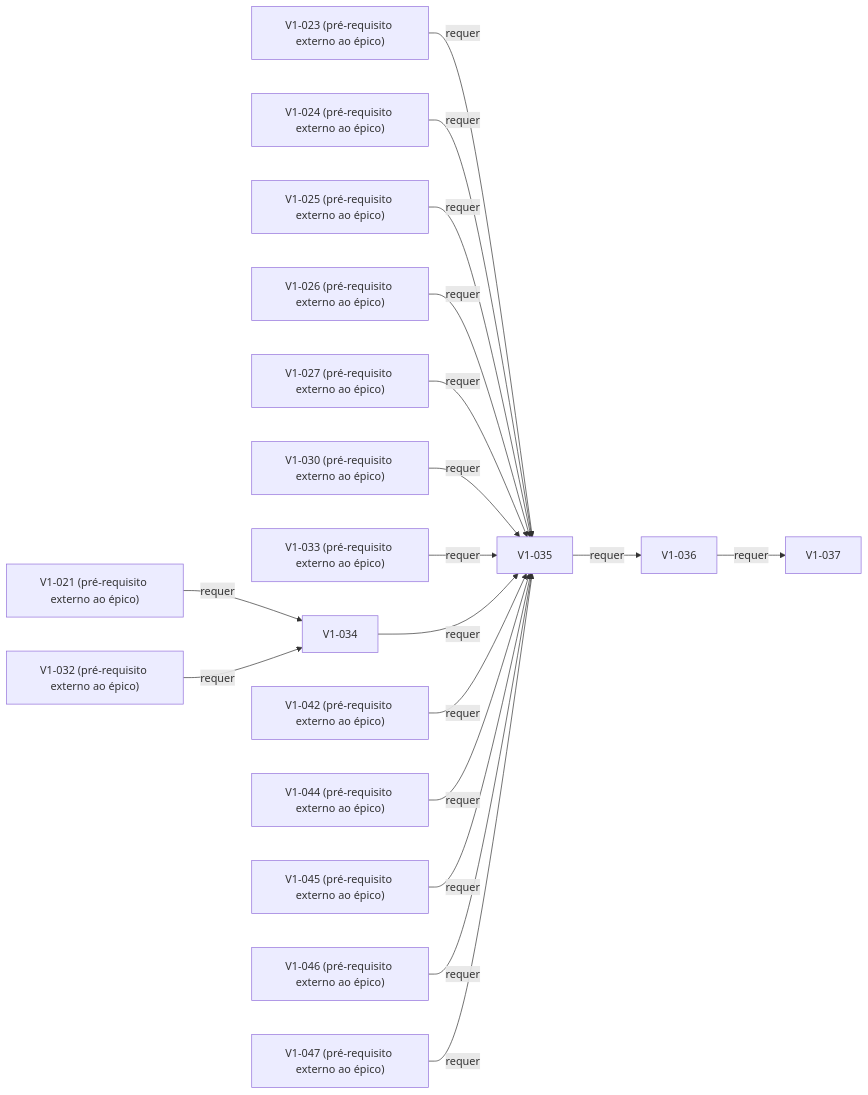
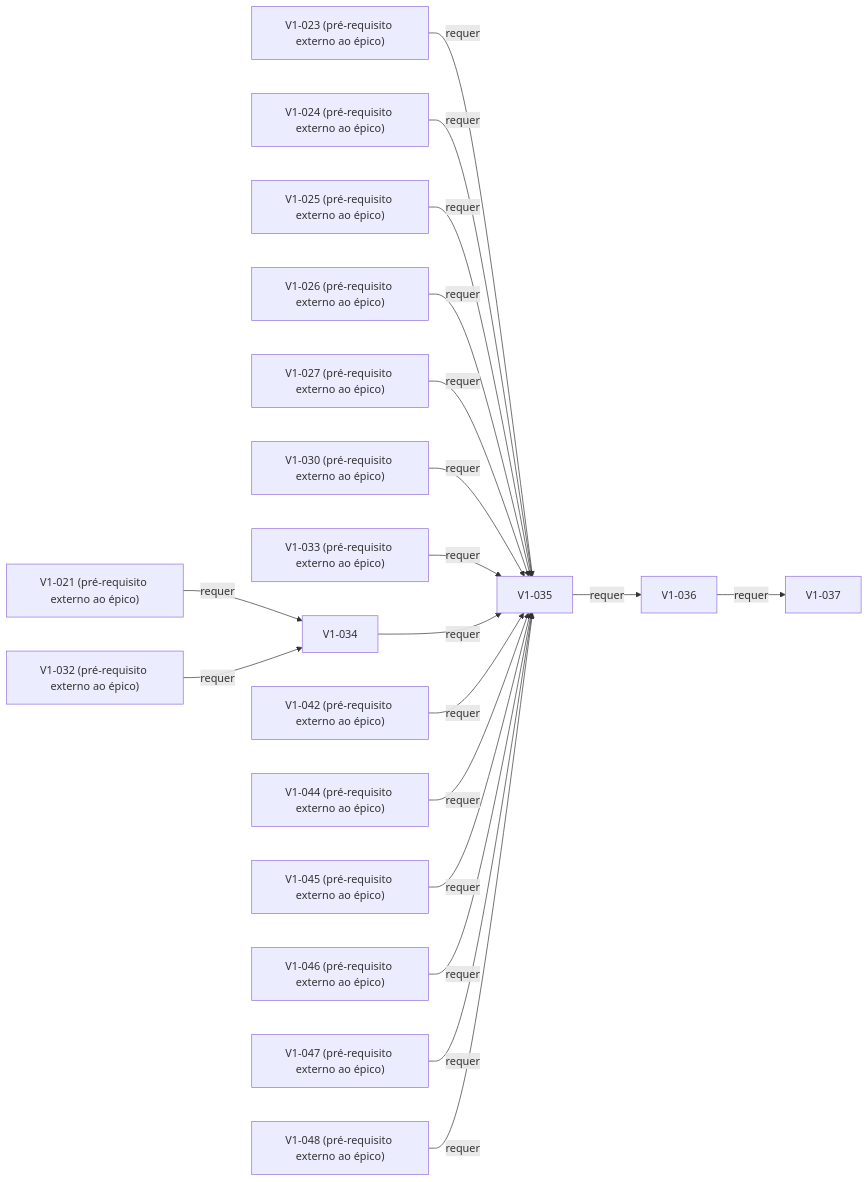
The tenth of 12 diagrams in docs/arquitetura/gerado/progresso.md (richardcastrogois/TrainForge), drawn with Mermaid before and after one commit. The commit also changed other lines of this file and 19 other files, not shown here.

````diff
--- a/docs/arquitetura/gerado/progresso.md
+++ b/docs/arquitetura/gerado/progresso.md
@@ -297,38 +305,40 @@
 ```mermaid
 flowchart LR
     node0["V1-021 (pré-requisito externo ao épico)"]
     node1["V1-023 (pré-requisito externo ao épico)"]
     node2["V1-024 (pré-requisito externo ao épico)"]
     node3["V1-025 (pré-requisito externo ao épico)"]
     node4["V1-026 (pré-requisito externo ao épico)"]
     node5["V1-027 (pré-requisito externo ao épico)"]
     node6["V1-030 (pré-requisito externo ao épico)"]
     node7["V1-032 (pré-requisito externo ao épico)"]
     node8["V1-033 (pré-requisito externo ao épico)"]
     node9["V1-034"]
     node10["V1-035"]
     node11["V1-036"]
     node12["V1-037"]
     node13["V1-042 (pré-requisito externo ao épico)"]
     node14["V1-044 (pré-requisito externo ao épico)"]
     node15["V1-045 (pré-requisito externo ao épico)"]
     node16["V1-046 (pré-requisito externo ao épico)"]
     node17["V1-047 (pré-requisito externo ao épico)"]
+    node18["V1-048 (pré-requisito externo ao épico)"]
     node0 -->|"requer"| node9
     node7 -->|"requer"| node9
     node1 -->|"requer"| node10
     node2 -->|"requer"| node10
     node3 -->|"requer"| node10
     node4 -->|"requer"| node10
     node5 -->|"requer"| node10
     node6 -->|"requer"| node10
     node8 -->|"requer"| node10
     node9 -->|"requer"| node10
     node13 -->|"requer"| node10
     node14 -->|"requer"| node10
     node15 -->|"requer"| node10
     node16 -->|"requer"| node10
     node17 -->|"requer"| node10
+    node18 -->|"requer"| node10
     node10 -->|"requer"| node11
     node11 -->|"requer"| node12
 ```
````
